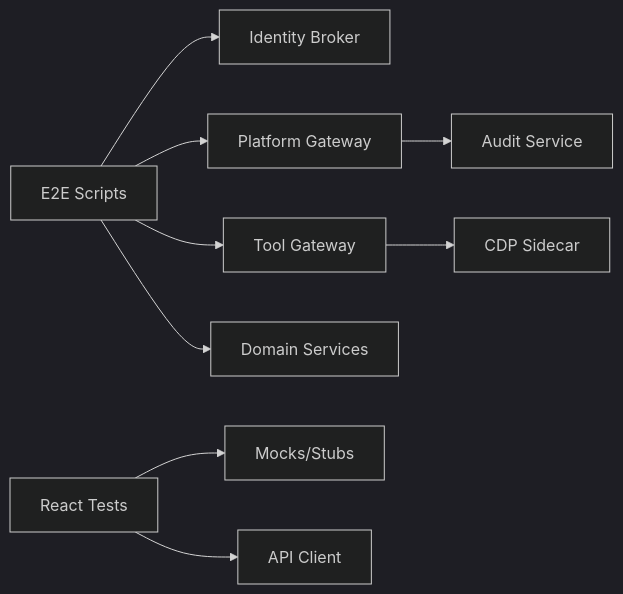
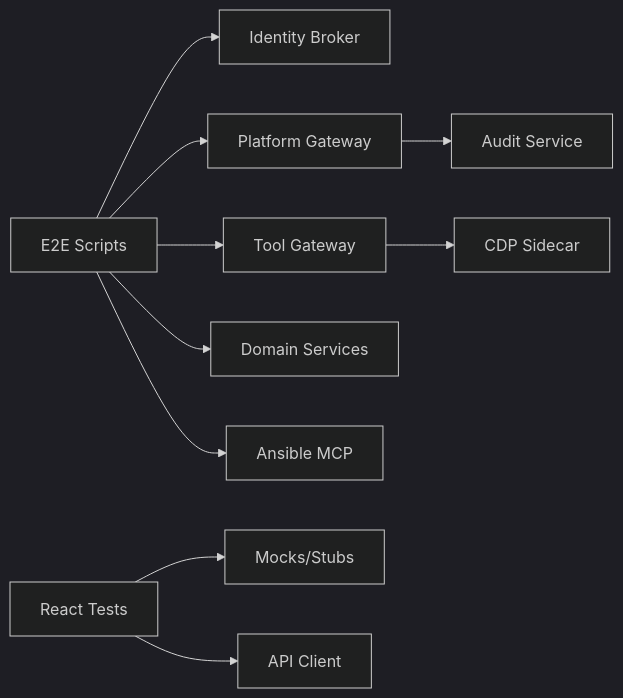
Before and after one commit to metasync/luban-aiops: diagram 17 of 17 in .qoder/repowiki/en/content/Development Guide/Testing Strategy and Implementation/End-to-End Testing.md, drawn with Mermaid (dark theme). The commit also changed other lines of this file and 130 other files, not shown here.

````diff
--- a/.qoder/repowiki/en/content/Development Guide/Testing Strategy and Implementation/End-to-End Testing.md
+++ b/.qoder/repowiki/en/content/Development Guide/Testing Strategy and Implementation/End-to-End Testing.md
@@ -451,11 +619,12 @@
 ```mermaid
 graph LR
 E2E["E2E Scripts"] --> ID["Identity Broker"]
 E2E --> GW["Platform Gateway"]
 E2E --> TG["Tool Gateway"]
 E2E --> SVC["Domain Services"]
+E2E --> AM["Ansible MCP"]
 TG --> CDP["CDP Sidecar"]
 GW --> AUD["Audit Service"]
 ReactTests["React Tests"] --> Mocks["Mocks/Stubs"]
 ReactTests --> API["API Client"]
 ```
````
